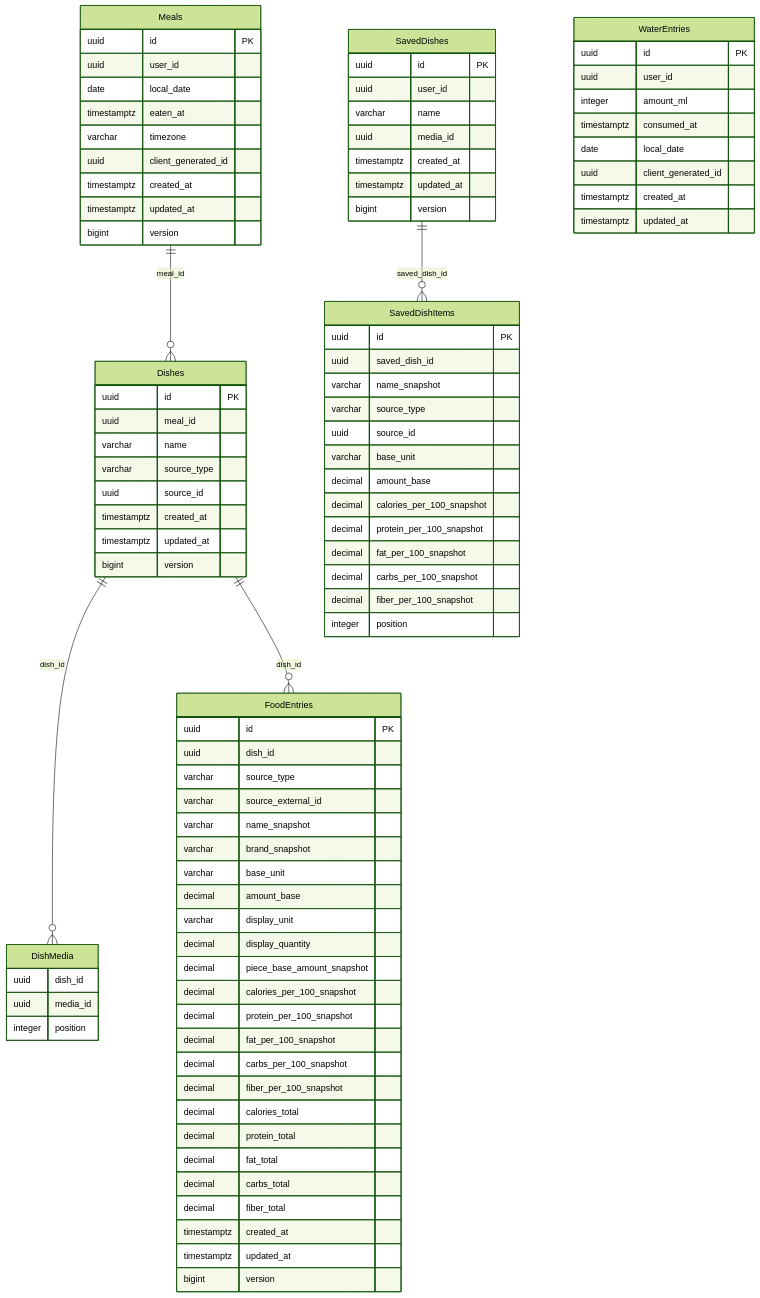
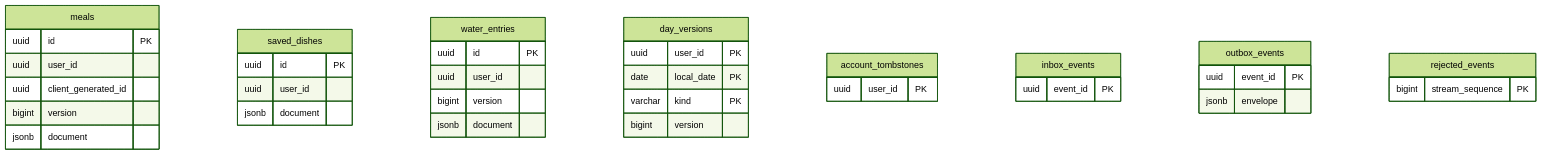
One commit to COOKieProjectTeam/cookie changed the diagram in contracts/dbml/nutrition.mmd. Above: the diagram before and after it, drawn with Mermaid (forest theme). The commit also changed 38 other files, not shown here.

Commit message:
feat: implement autonomous Nutrition service with durable events

```diff
--- a/contracts/dbml/nutrition.mmd
+++ b/contracts/dbml/nutrition.mmd
@@ -1,100 +1,38 @@
-%% nutrition service schema — derived from nutrition.dbml
-%% Cross-service references are intentionally omitted.
 erDiagram
-  Meals {
+  meals {
     uuid id PK
     uuid user_id
-    date local_date
-    timestamptz eaten_at
-    varchar timezone
     uuid client_generated_id
-    timestamptz created_at
-    timestamptz updated_at
+    bigint version
+    jsonb document
+  }
+  saved_dishes {
+    uuid id PK
+    uuid user_id
+    jsonb document
+  }
+  water_entries {
+    uuid id PK
+    uuid user_id
+    bigint version
+    jsonb document
+  }
+  day_versions {
+    uuid user_id PK
+    date local_date PK
+    varchar kind PK
     bigint version
   }
-
-  Dishes {
-    uuid id PK
-    uuid meal_id
-    varchar name
-    varchar source_type
-    uuid source_id
-    timestamptz created_at
-    timestamptz updated_at
-    bigint version
+  account_tombstones {
+    uuid user_id PK
   }
-
-  DishMedia {
-    uuid dish_id
-    uuid media_id
-    integer position
+  inbox_events {
+    uuid event_id PK
   }
-
-  FoodEntries {
-    uuid id PK
-    uuid dish_id
-    varchar source_type
-    varchar source_external_id
-    varchar name_snapshot
-    varchar brand_snapshot
-    varchar base_unit
-    decimal amount_base
-    varchar display_unit
-    decimal display_quantity
-    decimal piece_base_amount_snapshot
-    decimal calories_per_100_snapshot
-    decimal protein_per_100_snapshot
-    decimal fat_per_100_snapshot
-    decimal carbs_per_100_snapshot
-    decimal fiber_per_100_snapshot
-    decimal calories_total
-    decimal protein_total
-    decimal fat_total
-    decimal carbs_total
-    decimal fiber_total
-    timestamptz created_at
-    timestamptz updated_at
-    bigint version
+  outbox_events {
+    uuid event_id PK
+    jsonb envelope
   }
-
-  SavedDishes {
-    uuid id PK
-    uuid user_id
-    varchar name
-    uuid media_id
-    timestamptz created_at
-    timestamptz updated_at
-    bigint version
+  rejected_events {
+    bigint stream_sequence PK
   }
-
-  SavedDishItems {
-    uuid id PK
-    uuid saved_dish_id
-    varchar name_snapshot
-    varchar source_type
-    uuid source_id
-    varchar base_unit
-    decimal amount_base
-    decimal calories_per_100_snapshot
-    decimal protein_per_100_snapshot
-    decimal fat_per_100_snapshot
-    decimal carbs_per_100_snapshot
-    decimal fiber_per_100_snapshot
-    integer position
-  }
-
-  WaterEntries {
-    uuid id PK
-    uuid user_id
-    integer amount_ml
-    timestamptz consumed_at
-    date local_date
-    uuid client_generated_id
-    timestamptz created_at
-    timestamptz updated_at
-  }
-
-  Meals ||--o{ Dishes : "meal_id"
-  Dishes ||--o{ DishMedia : "dish_id"
-  Dishes ||--o{ FoodEntries : "dish_id"
-  SavedDishes ||--o{ SavedDishItems : "saved_dish_id"
```
